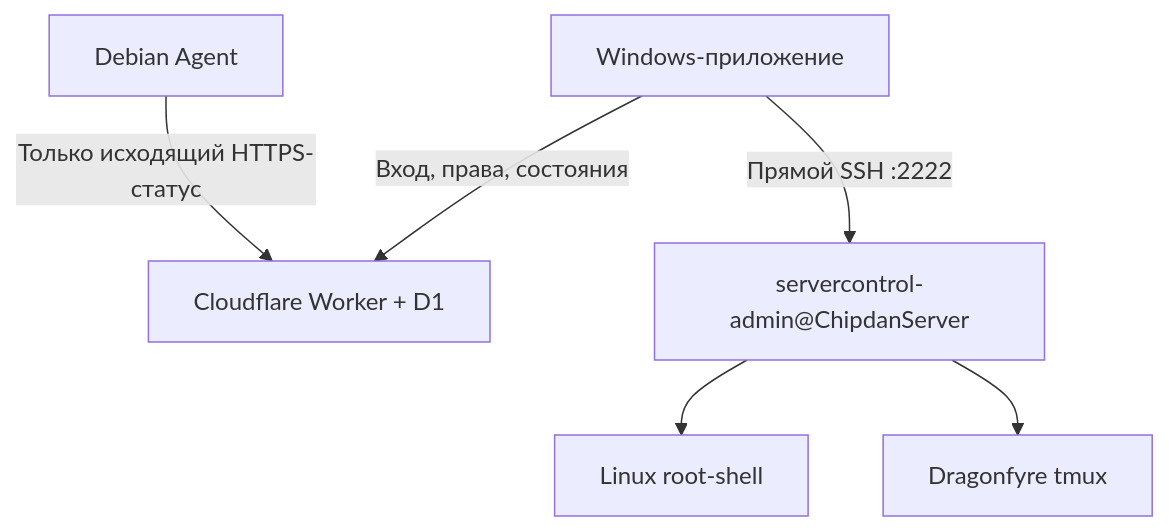
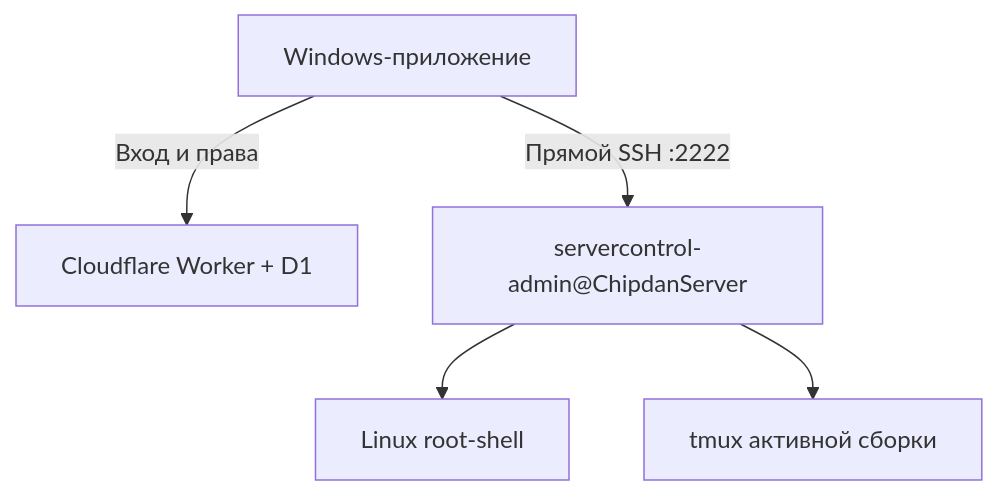
Before and after one commit to chipdans/server-control: the diagram in README.md, drawn with Mermaid. The commit also changed other lines of this file and 9 other files, not shown here.

````diff
--- a/README.md
+++ b/README.md
@@ -27,8 +28,7 @@
 ```mermaid
 flowchart TD
-    APP["Windows-приложение"] -->|"Вход, права, состояния"| HUB["Cloudflare Worker + D1"]
-    AGENT["Debian Agent"] -->|"Только исходящий HTTPS-статус"| HUB
+    APP["Windows-приложение"] -->|"Вход и права"| HUB["Cloudflare Worker + D1"]
     APP -->|"Прямой SSH :2222"| SSH["servercontrol-admin@ChipdanServer"]
     SSH --> ROOT["Linux root-shell"]
-    SSH --> TMUX["Dragonfyre tmux"]
+    SSH --> TMUX["tmux активной сборки"]
 ```
````
